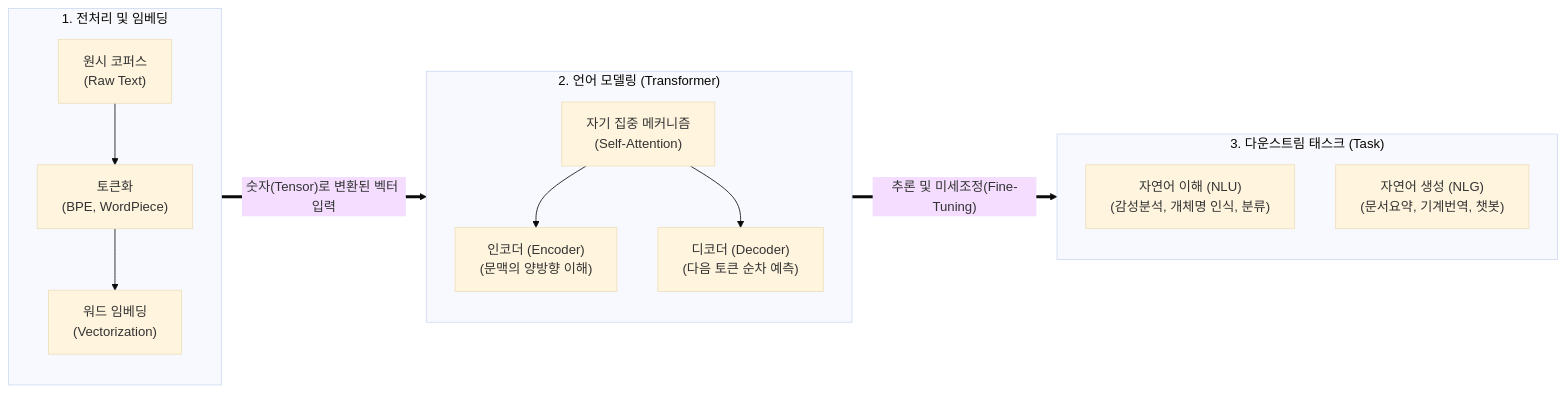
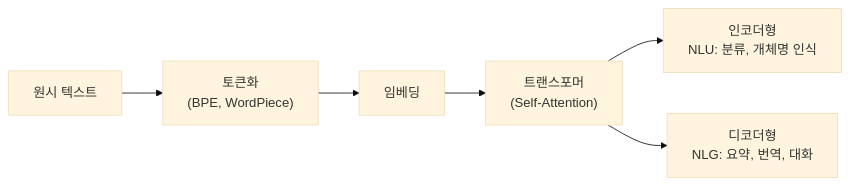
Before and after one commit to supremethumb/supremethumb.github.io: the diagram in content/01_IT Tech/자연어처리.md, drawn with Mermaid (base theme). The commit also changed other lines of this file and 1087 other files, not shown here.

````diff
--- a/content/01_IT Tech/자연어처리.md
+++ b/content/01_IT Tech/자연어처리.md
@@ -28,24 +35,8 @@
 ```mermaid
 flowchart LR
-    subgraph Data_Prep ["1. 전처리 및 임베딩"]
-        direction TB
-        Raw["원시 코퍼스<br/>(Raw Text)"] --> Token["토큰화<br/>(BPE, WordPiece)"]
-        Token --> Embed["워드 임베딩<br/>(Vectorization)"]
-    end
-
-    subgraph LLM_Core ["2. 언어 모델링 (Transformer)"]
-        direction TB
-        Att["자기 집중 메커니즘<br/>(Self-Attention)"] --> Enc["인코더 (Encoder)<br/>(문맥의 양방향 이해)"]
-        Att --> Dec["디코더 (Decoder)<br/>(다음 토큰 순차 예측)"]
-    end
-
-    subgraph NLP_Tasks ["3. 다운스트림 태스크 (Task)"]
-        direction TB
-        NLU["자연어 이해 (NLU)<br/>(감성분석, 개체명 인식, 분류)"]
-        NLG["자연어 생성 (NLG)<br/>(문서요약, 기계번역, 챗봇)"]
-    end
-
-    Data_Prep ==>|"숫자(Tensor)로 변환된 벡터 입력"| LLM_Core
-    LLM_Core ==>|"추론 및 미세조정(Fine-Tuning)"| NLP_Tasks
-
+    RAW["원시 텍스트"] --> TOK["토큰화<br/>(BPE, WordPiece)"]
+    TOK --> EMB["임베딩"]
+    EMB --> TF["트랜스포머<br/>(Self-Attention)"]
+    TF --> ENC["인코더형<br/>NLU: 분류, 개체명 인식"]
+    TF --> DEC["디코더형<br/>NLG: 요약, 번역, 대화"]
 ```
````
